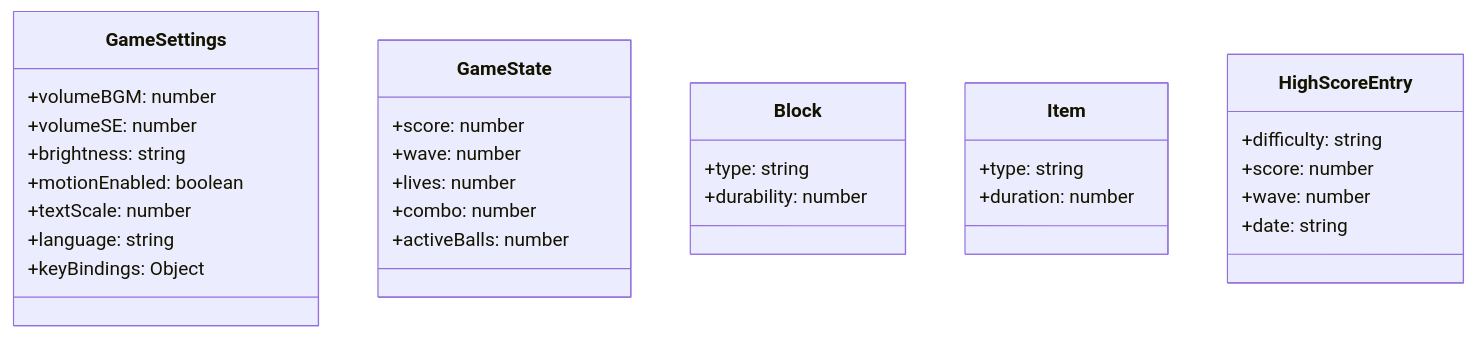
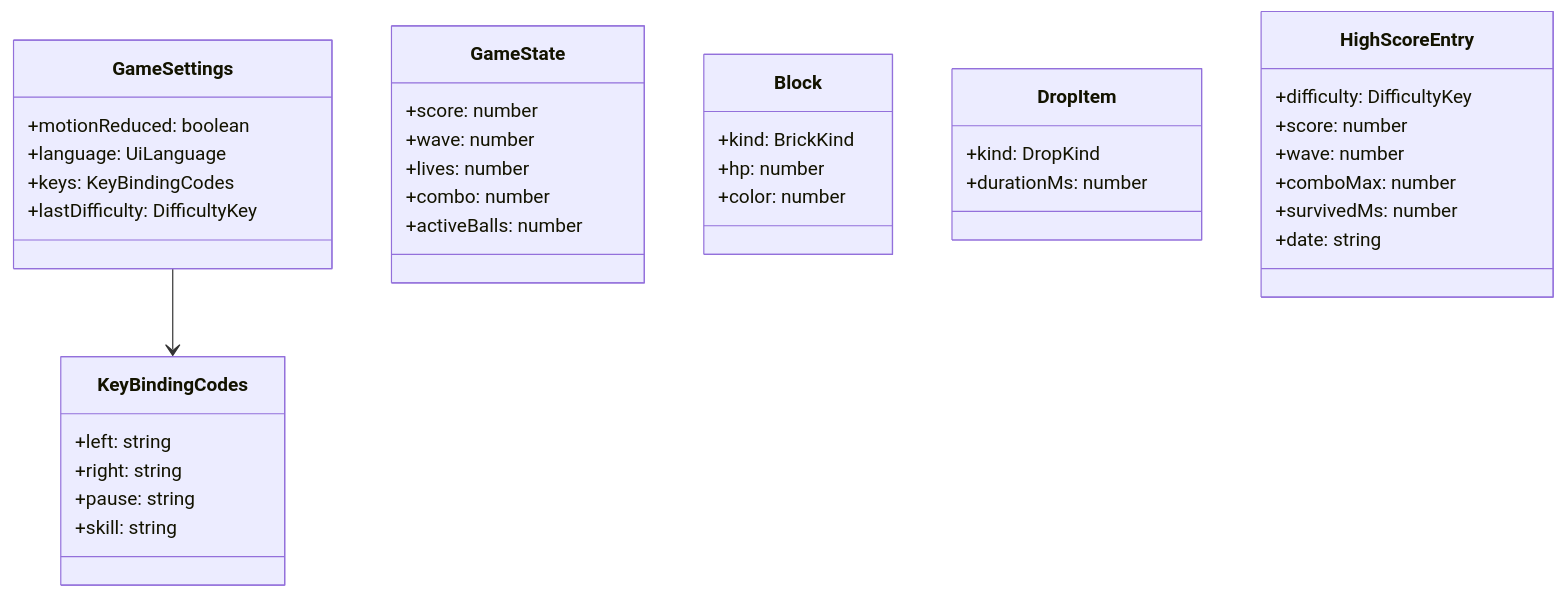
One commit to watu0720/breaking_blocks changed the second of 3 diagrams in 仕様書/ブロック崩し_詳細設計.md. Above: the diagram before and after it, drawn with Mermaid. The commit also changed other lines of this file and 5 other files, not shown here.

````diff
--- a/仕様書/ブロック崩し_詳細設計.md
+++ b/仕様書/ブロック崩し_詳細設計.md
@@ -160,33 +161,40 @@
 ```mermaid
 classDiagram
     class GameSettings {
-      +volumeBGM: number
-      +volumeSE: number
-      +brightness: string
-      +motionEnabled: boolean
-      +textScale: number
-      +language: string
-      +keyBindings: Object
+      +motionReduced: boolean
+      +language: UiLanguage
+      +keys: KeyBindingCodes
+      +lastDifficulty: DifficultyKey
+    }
+    class KeyBindingCodes {
+      +left: string
+      +right: string
+      +pause: string
+      +skill: string
     }
     class GameState {
       +score: number
       +wave: number
       +lives: number
       +combo: number
       +activeBalls: number
     }
     class Block {
-      +type: string
-      +durability: number
+      +kind: BrickKind
+      +hp: number
+      +color: number
     }
-    class Item {
-      +type: string
-      +duration: number
+    class DropItem {
+      +kind: DropKind
+      +durationMs: number
     }
     class HighScoreEntry {
-      +difficulty: string
+      +difficulty: DifficultyKey
       +score: number
       +wave: number
+      +comboMax: number
+      +survivedMs: number
       +date: string
     }
+    GameSettings --> KeyBindingCodes
 ```
````
